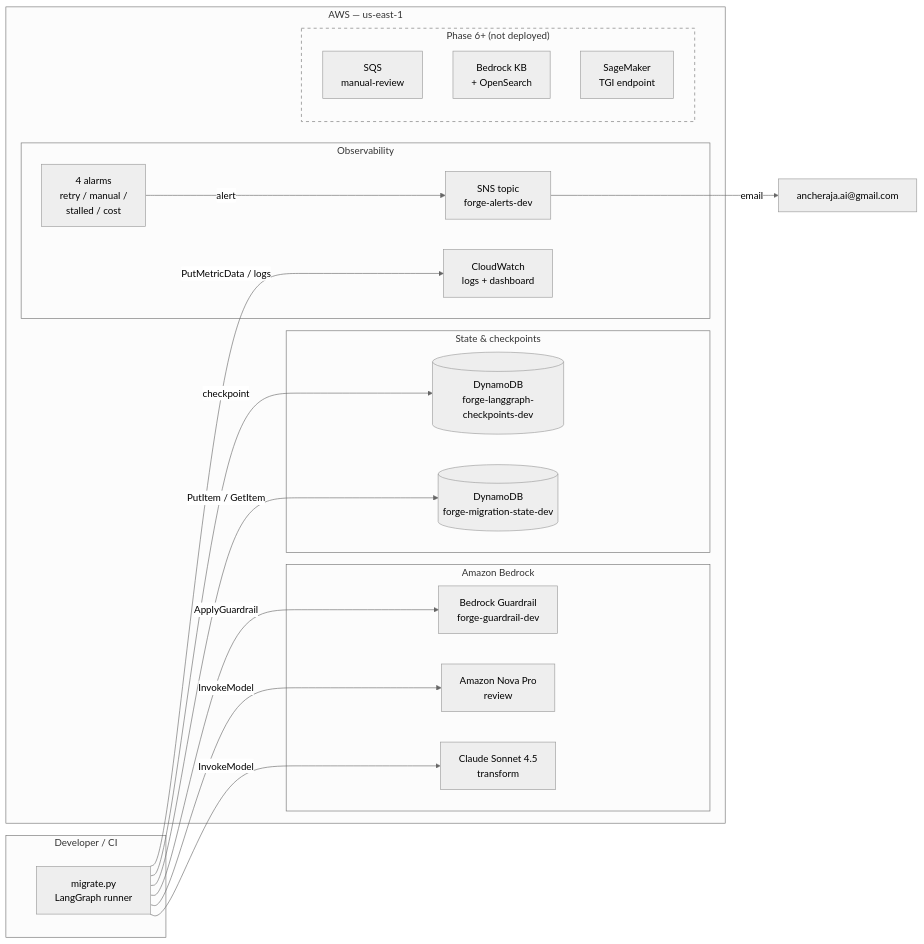
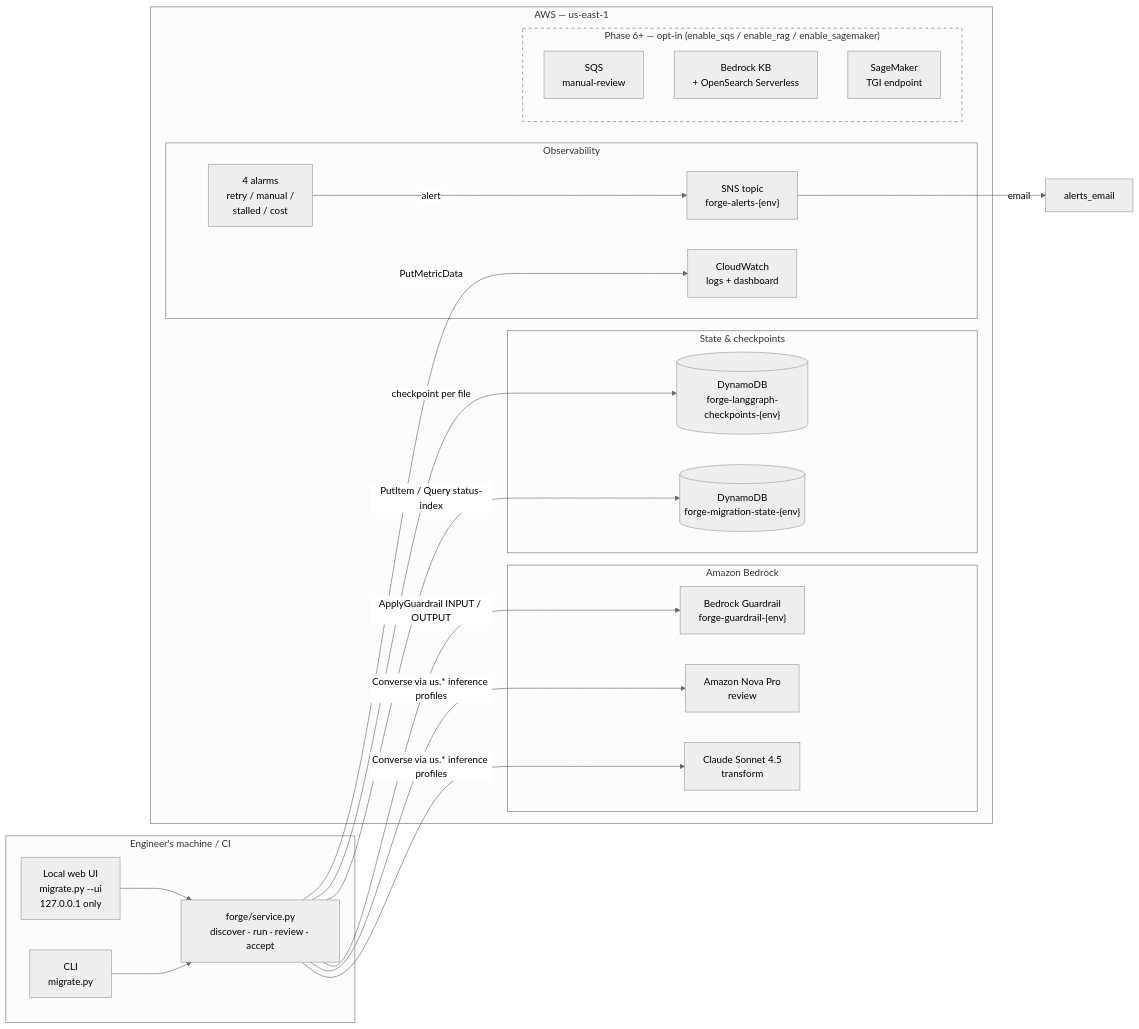
One commit to anche-raja/forge-platform changed the first of 2 diagrams in README.md. Above: the diagram before and after it, drawn with Mermaid (neutral theme). The commit also changed other lines of this file and 3 other files, not shown here.

````diff
--- a/README.md
+++ b/README.md
@@ -9,42 +17,46 @@
 ```mermaid
 flowchart LR
-    subgraph Client["Developer / CI"]
-        CLI["migrate.py<br/>LangGraph runner"]
+    subgraph Client["Engineer's machine / CI"]
+        UI["Local web UI<br/>migrate.py --ui<br/>127.0.0.1 only"]
+        CLI["CLI<br/>migrate.py"]
+        SVC["forge/service.py<br/>discover · run · review · accept"]
+        UI --> SVC
+        CLI --> SVC
     end
 
     subgraph AWS["AWS — us-east-1"]
         subgraph Bedrock["Amazon Bedrock"]
             CLAUDE["Claude Sonnet 4.5<br/>transform"]
             NOVA["Amazon Nova Pro<br/>review"]
-            GR["Bedrock Guardrail<br/>forge-guardrail-dev"]
+            GR["Bedrock Guardrail<br/>forge-guardrail-{env}"]
         end
 
         subgraph State["State & checkpoints"]
-            DDB1[("DynamoDB<br/>forge-migration-state-dev")]
-            DDB2[("DynamoDB<br/>forge-langgraph-checkpoints-dev")]
+            DDB1[("DynamoDB<br/>forge-migration-state-{env}")]
+            DDB2[("DynamoDB<br/>forge-langgraph-checkpoints-{env}")]
         end
 
         subgraph Obs["Observability"]
             CW["CloudWatch<br/>logs + dashboard"]
-            SNS["SNS topic<br/>forge-alerts-dev"]
+            SNS["SNS topic<br/>forge-alerts-{env}"]
             ALARMS["4 alarms<br/>retry / manual /<br/>stalled / cost"]
         end
 
-        subgraph Phase6["Phase 6+ (not deployed)"]
+        subgraph Phase6["Phase 6+ — opt-in (enable_sqs / enable_rag / enable_sagemaker)"]
             SQS["SQS<br/>manual-review"]
-            KB["Bedrock KB<br/>+ OpenSearch"]
+            KB["Bedrock KB<br/>+ OpenSearch Serverless"]
             SM["SageMaker<br/>TGI endpoint"]
         end
     end
 
-    CLI -->|InvokeModel| CLAUDE
-    CLI -->|InvokeModel| NOVA
-    CLI -->|ApplyGuardrail| GR
-    CLI -->|PutItem / GetItem| DDB1
-    CLI -->|checkpoint| DDB2
-    CLI -->|PutMetricData / logs| CW
+    SVC -->|Converse via us.* inference profiles| CLAUDE
+    SVC -->|Converse via us.* inference profiles| NOVA
+    SVC -->|ApplyGuardrail INPUT / OUTPUT| GR
+    SVC -->|PutItem / Query status-index| DDB1
+    SVC -->|checkpoint per file| DDB2
+    SVC -->|PutMetricData| CW
     ALARMS -->|alert| SNS
-    SNS -->|email| USER["ancheraja.ai@gmail.com"]
+    SNS -->|email| USER["alerts_email"]
 
     style Phase6 stroke-dasharray: 5 5
 ```
````
